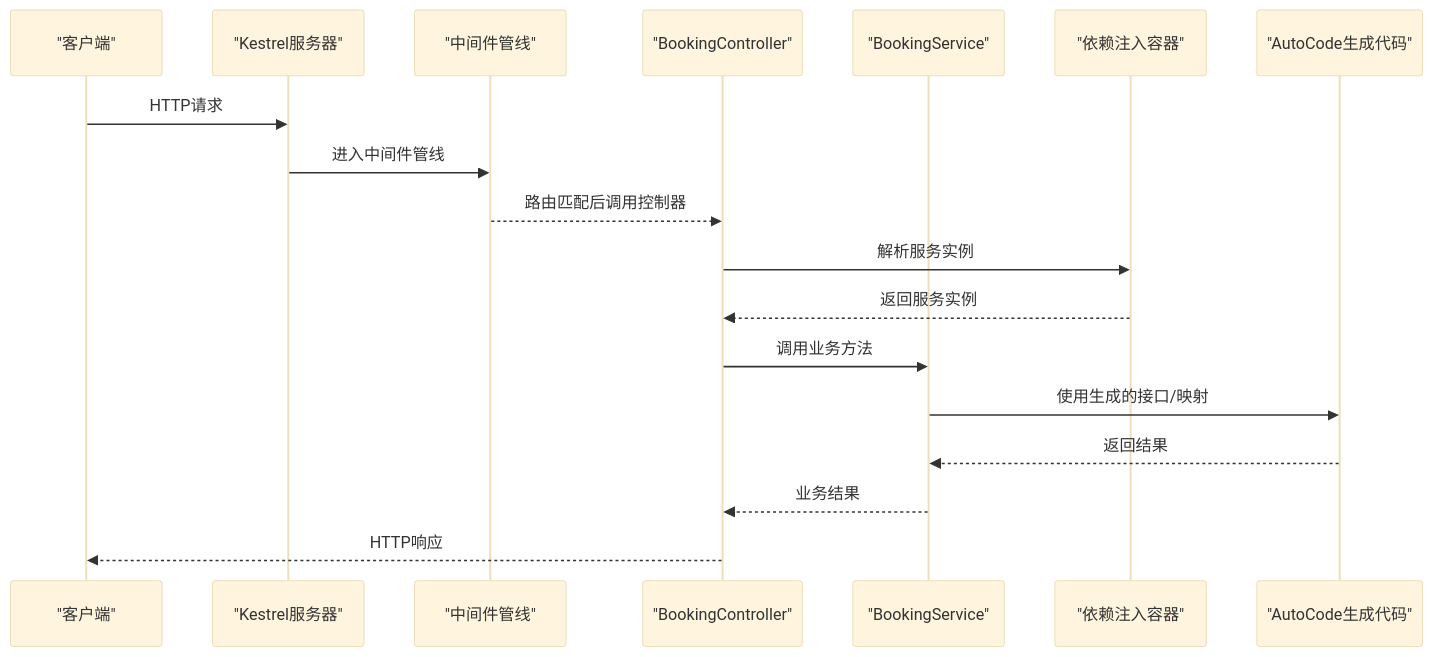
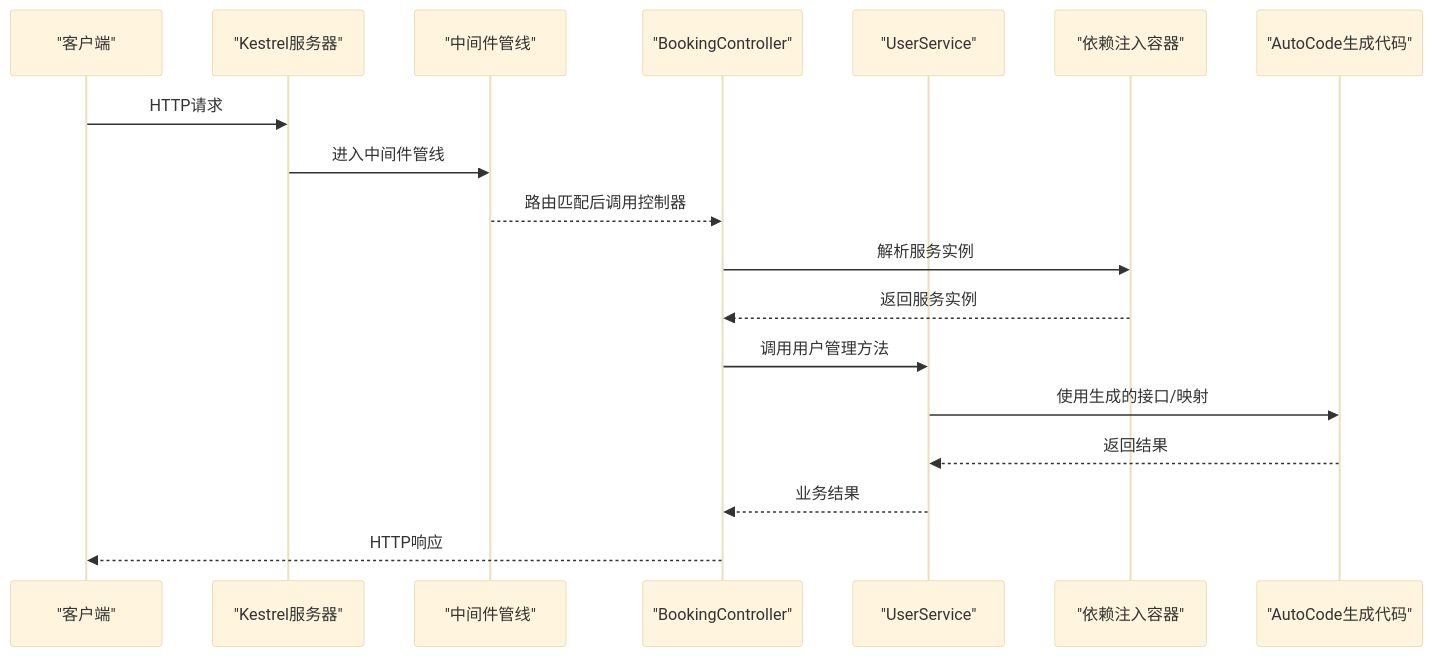
One commit to alivy/AutoCode changed the second of 9 diagrams in .qoder/repowiki/zh/content/Web API集成/Web API集成.md. Above: the diagram before and after it, drawn with Mermaid (base theme). The commit also changed other lines of this file and 29 other files, not shown here.

````diff
--- a/.qoder/repowiki/zh/content/Web API集成/Web API集成.md
+++ b/.qoder/repowiki/zh/content/Web API集成/Web API集成.md
@@ -160,20 +186,20 @@
 ```mermaid
 sequenceDiagram
 participant Client as "客户端"
 participant Kestrel as "Kestrel服务器"
 participant Middleware as "中间件管线"
 participant Controller as "BookingController"
-participant Service as "BookingService"
+participant UserService as "UserService"
 participant DI as "依赖注入容器"
 participant AutoGen as "AutoCode生成代码"
 Client->>Kestrel : HTTP请求
 Kestrel->>Middleware : 进入中间件管线
 Middleware-->>Controller : 路由匹配后调用控制器
 Controller->>DI : 解析服务实例
 DI-->>Controller : 返回服务实例
-Controller->>Service : 调用业务方法
-Service->>AutoGen : 使用生成的接口/映射
-AutoGen-->>Service : 返回结果
-Service-->>Controller : 业务结果
+Controller->>UserService : 调用用户管理方法
+UserService->>AutoGen : 使用生成的接口/映射
+AutoGen-->>UserService : 返回结果
+UserService-->>Controller : 业务结果
 Controller-->>Client : HTTP响应
 ```
````
